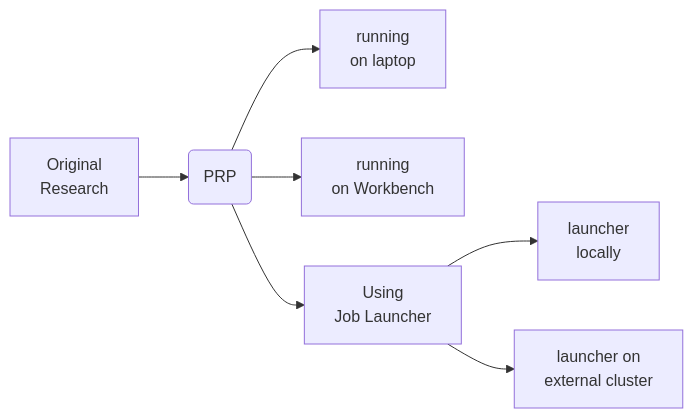
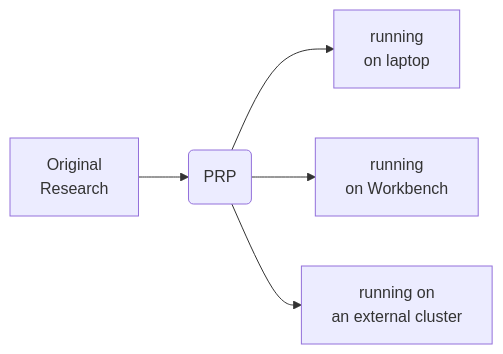
The first of 2 diagrams in 01-notebook_to_cluster.qmd (erwinlares/notebook-to-cluster), drawn with Mermaid before and after one commit. The commit also changed other lines of this file, not shown here.

````diff
--- a/01-notebook_to_cluster.qmd
+++ b/01-notebook_to_cluster.qmd
@@ -50,12 +50,10 @@
 ```{mermaid}
 %%| fig-width: 8
 
 flowchart LR
   A[Original<br/>Research] --> B(PRP)
   B --> C[running  <br/>on laptop  ]
   B --> D[running  <br/>on Workbench  ]
-  B --> E[Using  <br/>Job Launcher  ]
-  E --> F[launcher  <br/> locally  ]
-  E --> G[launcher on  <br/>external cluster  ]
+  B --> E[running on<br/>an external cluster  ]
 
 ```
````
